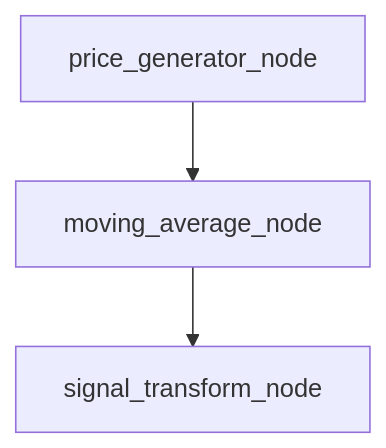
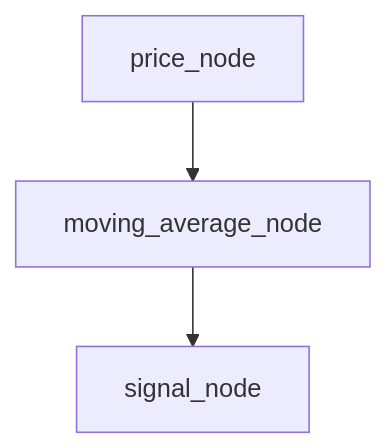
The diagram in strategies/README.md (hyophyop/qmtl), drawn with Mermaid before and after one commit. The commit also changed other lines of this file and 4 other files, not shown here.

Commit message:
docs: align terminology, fix architecture link; clarify bootstrap and doc sync usage; unify strategies README imports

````diff
--- a/strategies/README.md
+++ b/strategies/README.md
@@ -48,4 +48,4 @@
 ```mermaid
 graph TD
-    price_generator_node --> moving_average_node --> signal_transform_node
+    price_node --> moving_average_node --> signal_node
 ```
````
